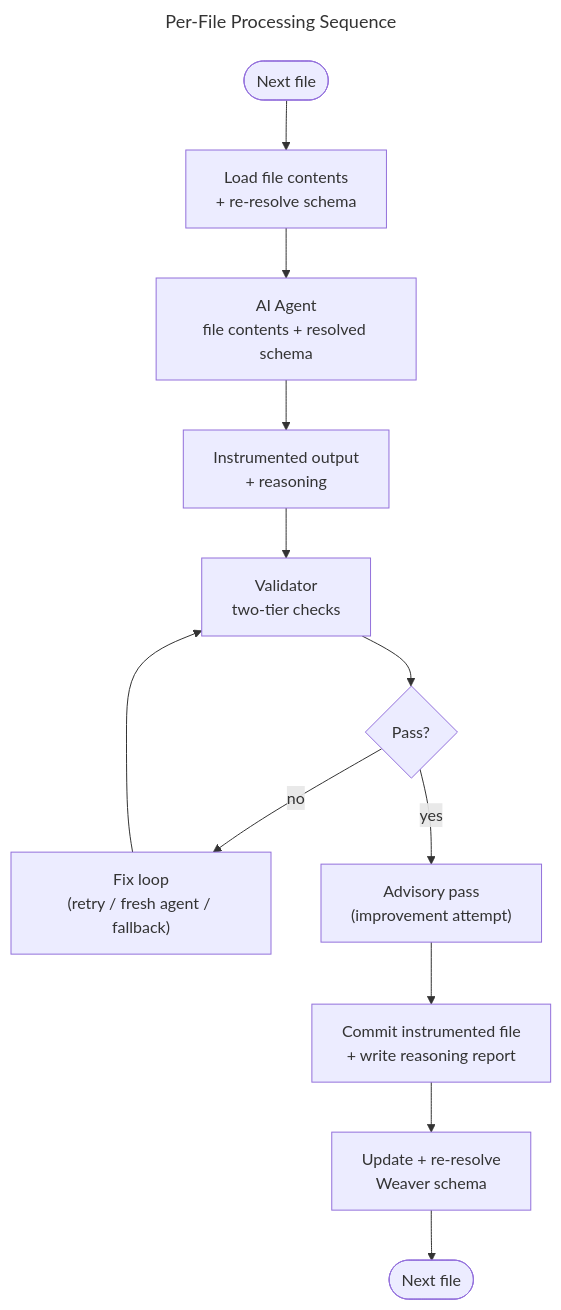
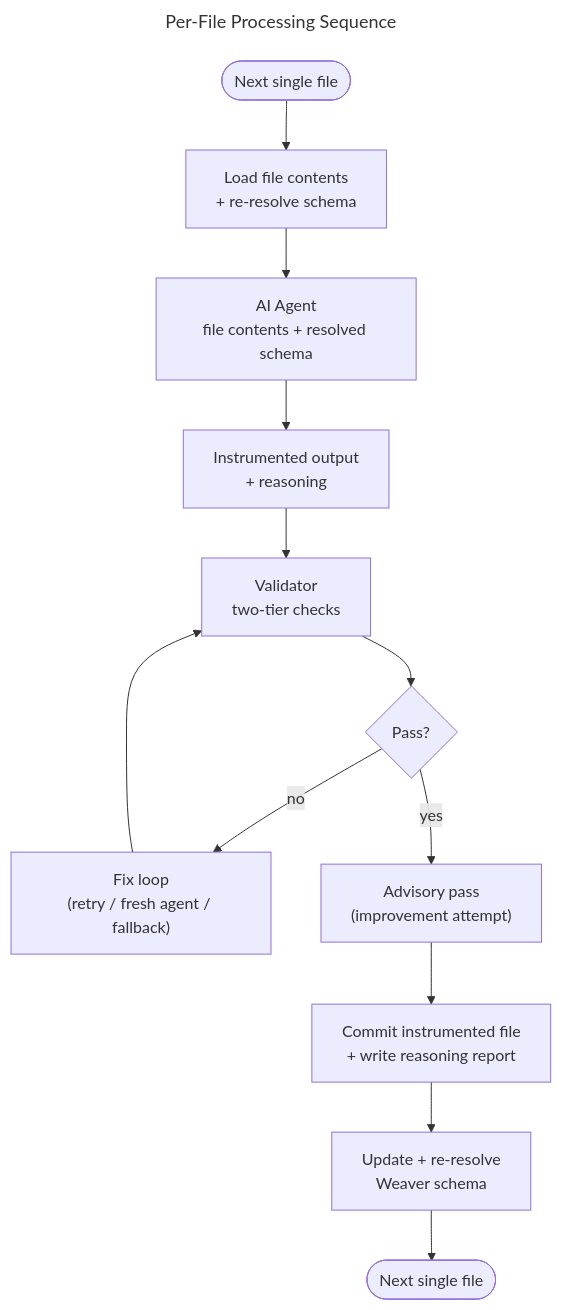
The diagram in docs/diagrams/per-file-sequence.mmd (wiggitywhitney/spinybacked-orbweaver), drawn with Mermaid before and after one commit. The commit also changed 3 other files, not shown here.

First line of the commit message:
docs: refine solution document diagrams based on review

```diff
--- a/docs/diagrams/per-file-sequence.mmd
+++ b/docs/diagrams/per-file-sequence.mmd
@@ -1,28 +1,28 @@
 ---
 title: "Per-File Processing Sequence"
 ---
 %% ABOUTME: Per-file processing sequence — full data flow from orchestrator loading a file through commit and schema update
 flowchart TD
-    START(["Next file"])
+    START(["Next single file"])
     LOAD["Load file contents\n+ re-resolve schema"]
     AGENT["AI Agent\nfile contents + resolved schema"]
     OUT["Instrumented output\n+ reasoning"]
     VAL["Validator\ntwo-tier checks"]
     PASS{"Pass?"}
     FIX["Fix loop\n(retry / fresh agent / fallback)"]
     ADVISORY["Advisory pass\n(improvement attempt)"]
     COMMIT["Commit instrumented file\n+ write reasoning report"]
     SCHEMA["Update + re-resolve\nWeaver schema"]
-    NEXT(["Next file"])
+    NEXT(["Next single file"])
 
     START --> LOAD
     LOAD --> AGENT
     AGENT --> OUT
     OUT --> VAL
     VAL --> PASS
     PASS -->|no| FIX
     FIX --> VAL
     PASS -->|yes| ADVISORY
     ADVISORY --> COMMIT
     COMMIT --> SCHEMA
     SCHEMA --> NEXT
```
